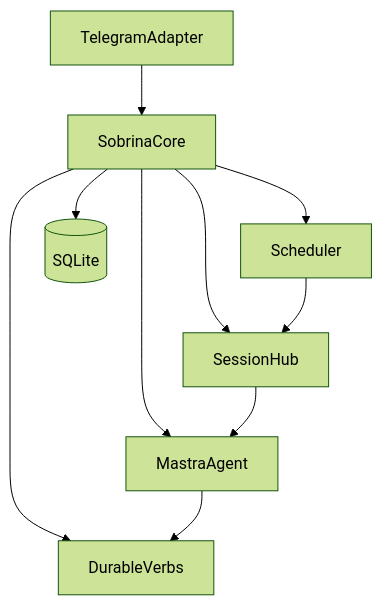
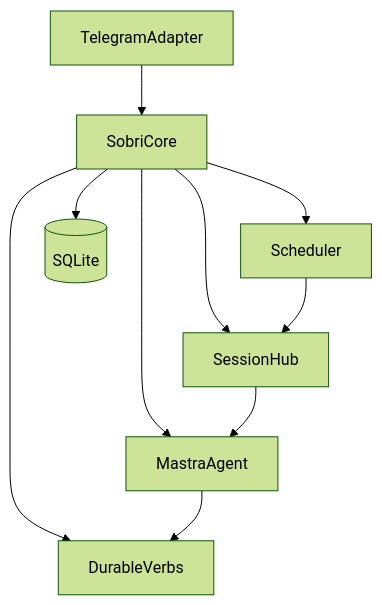
The diagram in tech/architecture.md (51ck/sobrina), drawn with Mermaid (forest theme) before and after one commit. The commit also changed other lines of this file and 10 other files, not shown here.

First line of the commit message:
docs(repo): T71.3 rename Sobrina -> Sobri in docs/boards

````diff
--- a/tech/architecture.md
+++ b/tech/architecture.md
@@ -70,14 +70,14 @@
 ```mermaid
 flowchart TB
   tg[TelegramAdapter]
-  core[SobrinaCore]
+  core[SobriCore]
   tg --> core
   core --> session[SessionHub]
   core --> verbs[DurableVerbs]
   core --> sched[Scheduler]
   core --> agent[MastraAgent]
   core --> db[(SQLite)]
   agent --> verbs
   session --> agent
   sched --> session
 ```
````
